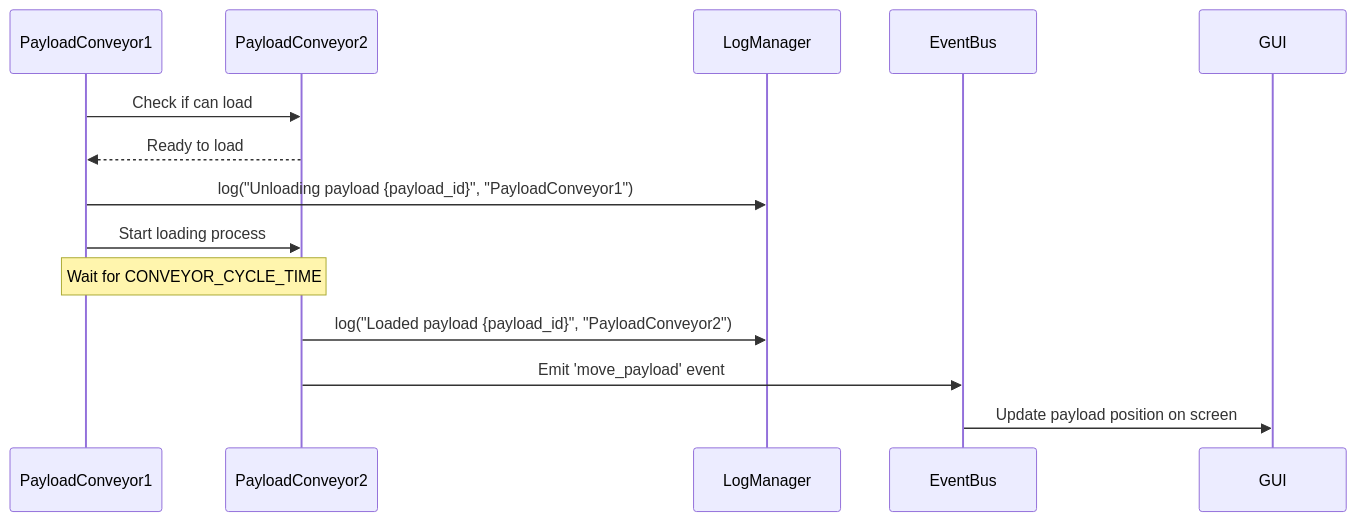
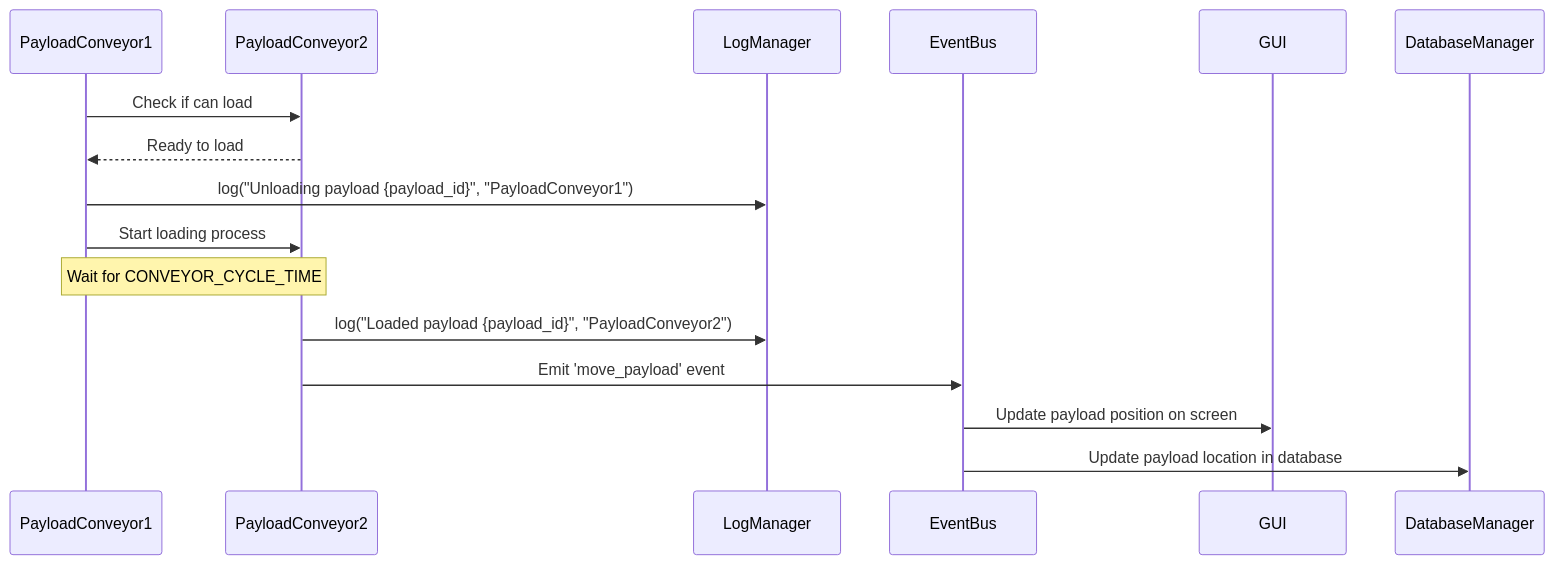
The first of 2 diagrams in docs/simulation-flow.md (joonaMakiKorte/MaterialFlow), drawn with Mermaid before and after one commit. The commit also changed other lines of this file, not shown here.

First line of the commit message:
Enhance simulation flow with DatabaseManager and events

````diff
--- a/docs/simulation-flow.md
+++ b/docs/simulation-flow.md
@@ -9,20 +9,22 @@
 ```mermaid
 sequenceDiagram
     participant PayloadConveyor1
     participant PayloadConveyor2
     participant LogManager
     participant EventBus
     participant GUI
+    participant DatabaseManager
 
     PayloadConveyor1->>PayloadConveyor2: Check if can load
     PayloadConveyor2-->>PayloadConveyor1: Ready to load
 
     PayloadConveyor1->>LogManager: log("Unloading payload {payload_id}", "PayloadConveyor1")
     PayloadConveyor1->>PayloadConveyor2: Start loading process
     
     Note over PayloadConveyor1,PayloadConveyor2: Wait for CONVEYOR_CYCLE_TIME
 
     PayloadConveyor2->>LogManager: log("Loaded payload {payload_id}", "PayloadConveyor2")
     PayloadConveyor2->>EventBus: Emit 'move_payload' event
     EventBus->>GUI: Update payload position on screen
+    EventBus->>DatabaseManager: Update payload location in database
 ```
````
